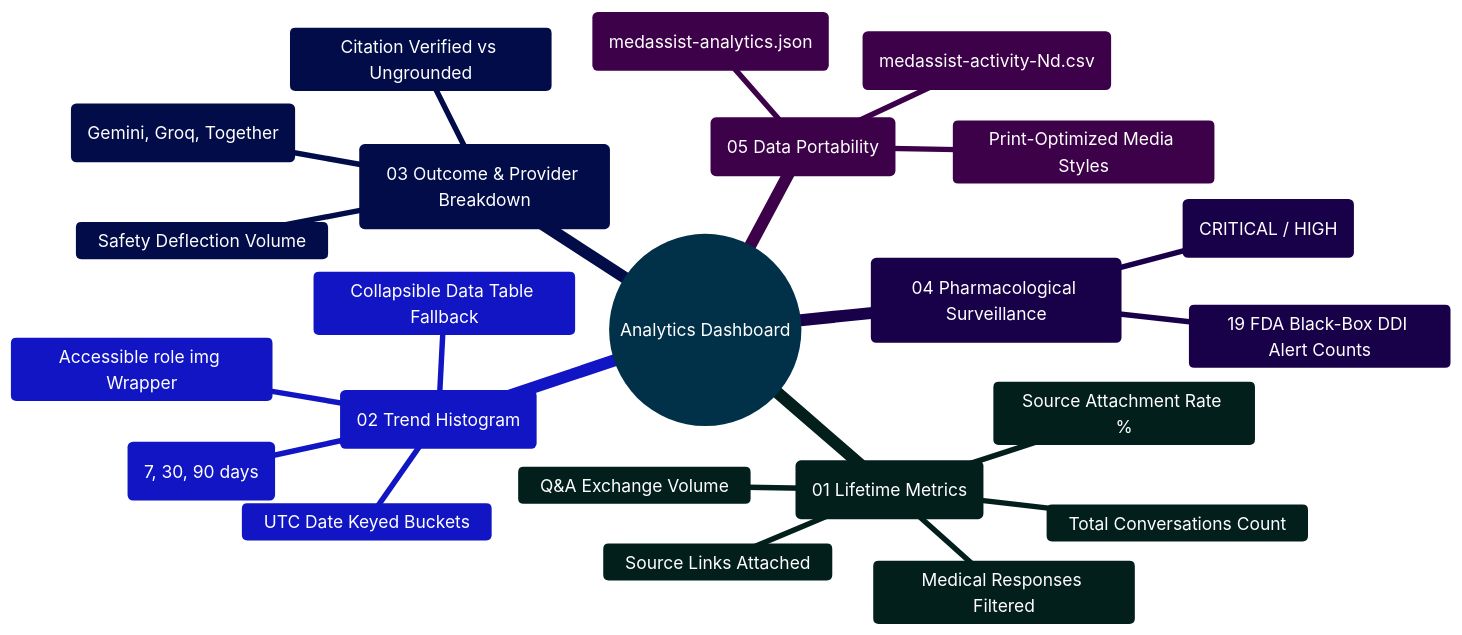
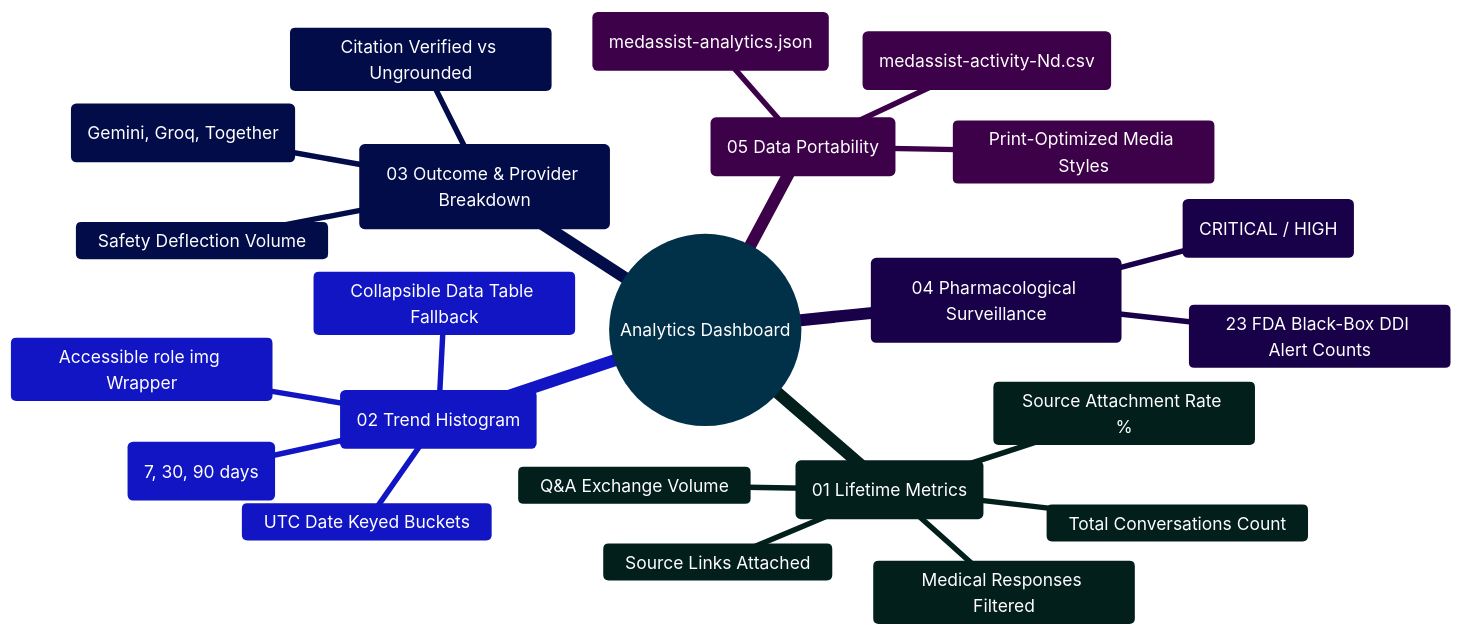
Before and after one commit to Ganesh172919/React-App-LLM: the diagram in frontend/src/components/dashboard/README.md, drawn with Mermaid. The commit also changed other lines of this file and 39 other files, not shown here.

````diff
--- a/frontend/src/components/dashboard/README.md
+++ b/frontend/src/components/dashboard/README.md
@@ -48,28 +48,28 @@
 ```mermaid
 %%{init: {'theme': 'base', 'themeVariables': { 'primaryColor': '#0284c7', 'primaryTextColor': '#ffffff', 'primaryBorderColor': '#0369a1', 'lineColor': '#0284c7', 'secondaryColor': '#0d9488', 'tertiaryColor': '#6366f1' }}}%%
 mindmap
   root((Analytics Dashboard))
     ::icon(fa fa-chart-line)
     (01 Lifetime Metrics)
       Total Conversations Count
       Q&A Exchange Volume
       Medical Responses Filtered
       Source Links Attached
       Source Attachment Rate %
     (02 Trend Histogram)
       Selectable Range (7, 30, 90 days)
       UTC Date Keyed Buckets
       Accessible role img Wrapper
       Collapsible Data Table Fallback
     (03 Outcome & Provider Breakdown)
       Citation Verified vs Ungrounded
       Safety Deflection Volume
       Provider Distribution (Gemini, Groq, Together)
     (04 Pharmacological Surveillance)
-      19 FDA Black-Box DDI Alert Counts
+      23 FDA Black-Box DDI Alert Counts
       Severity Badges (CRITICAL / HIGH)
     (05 Data Portability)
       JSON Export (medassist-analytics.json)
       CSV Export (medassist-activity-Nd.csv)
       Print-Optimized Media Styles
 ```
````
